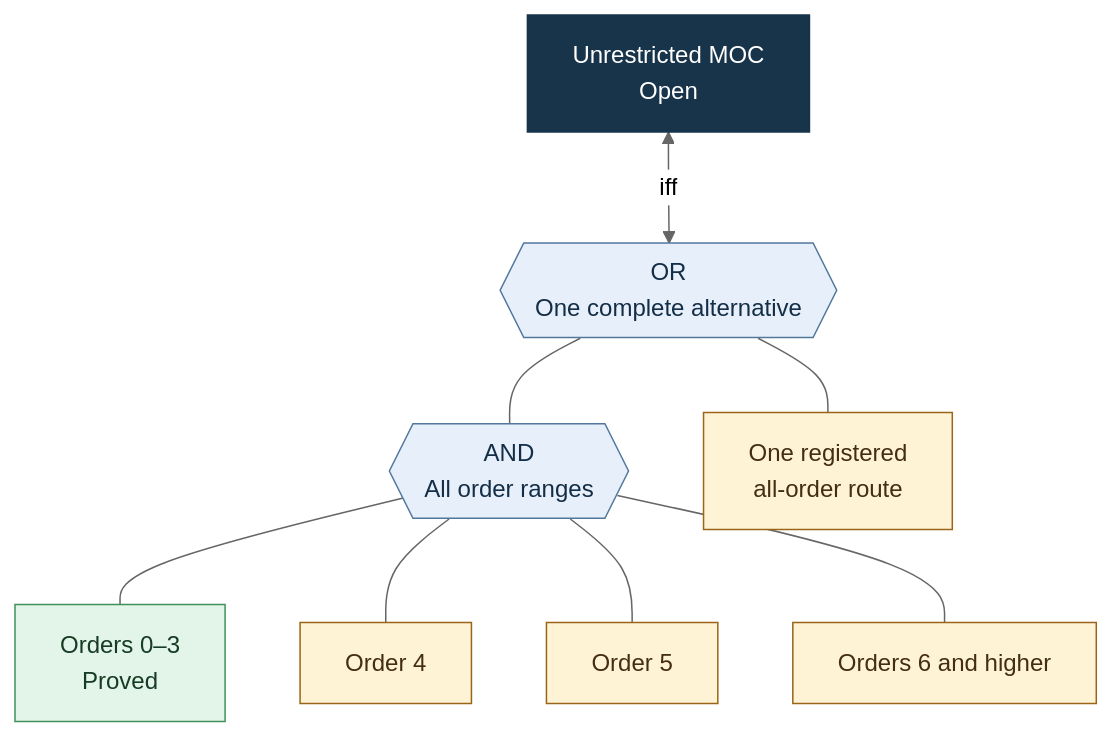
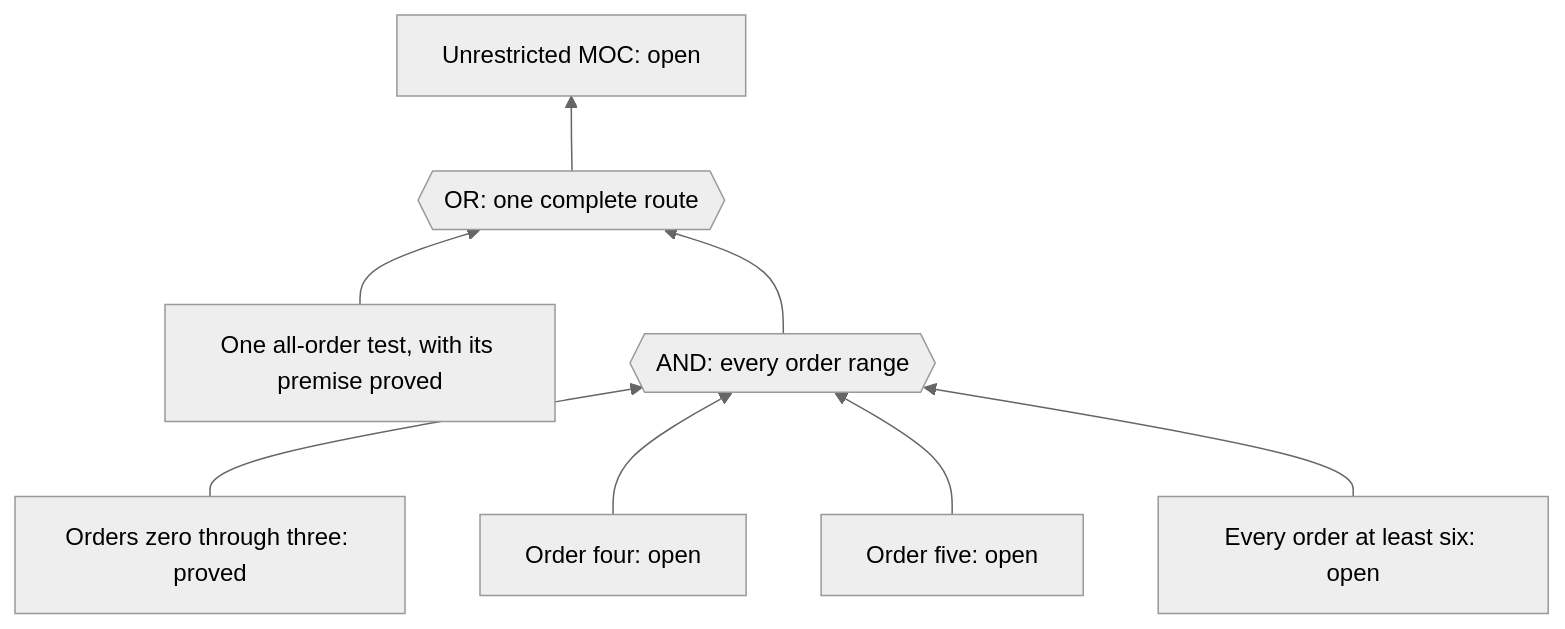
One commit to ascendnoosphere/MOC changed the diagram in README.md. Above: the diagram before and after it, drawn with Mermaid (neutral theme). The commit also changed other lines of this file and 42 other files, not shown here.

````diff
--- a/README.md
+++ b/README.md
@@ -81,26 +48,18 @@
 ```mermaid
 flowchart BT
-    accTitle: Proof routes to unrestricted MOC
-    accDescr: One complete all-order route suffices. The other option needs a complete route at each order from four on. Different orders can use different tests.
-    Goal["Unrestricted MOC<br/>Open"]:::goal
-    Any{{"OR<br/>One complete alternative"}}:::join
-    Ranges{{"AND<br/>All order ranges"}}:::join
-    Tests["One registered<br/>all-order route"]:::open
-    Base["Orders 0–3<br/>Proved"]:::proved
-    Four["Order 4"]:::open
-    Five["Order 5"]:::open
-    Higher["Orders 6 and higher"]:::open
-
-    Any <-->|iff| Goal
-    Ranges --- Any
-    Tests --- Any
-    Base --- Ranges
-    Four --- Ranges
-    Five --- Ranges
-    Higher --- Ranges
-
-    classDef goal fill:#18344b,stroke:#18344b,color:#ffffff
-    classDef join fill:#e7f0fa,stroke:#52779d,color:#142e47
-    classDef open fill:#fff3d6,stroke:#9a6516,color:#432e0f
-    classDef proved fill:#e3f4e8,stroke:#41905b,color:#163c24
+    Goal["Unrestricted MOC: open"]
+    Routes{{"OR: one complete route"}}
+    General["One all-order test, with its premise proved"]
+    Split{{"AND: every order range"}}
+    Small["Orders zero through three: proved"]
+    Four["Order four: open"]
+    Five["Order five: open"]
+    Higher["Every order at least six: open"]
+    General --> Routes
+    Small --> Split
+    Four --> Split
+    Five --> Split
+    Higher --> Split
+    Split --> Routes
+    Routes --> Goal
 ```
````
